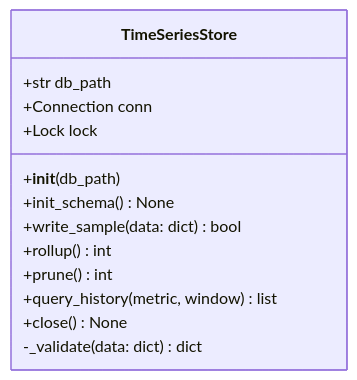
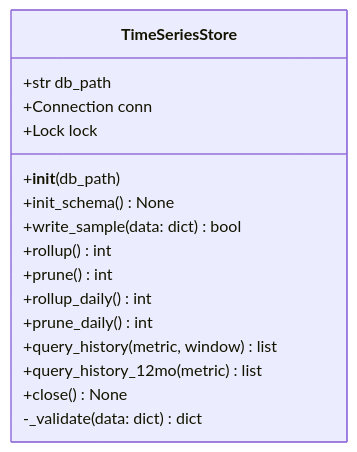
One commit to William12556/solax-modbus changed the diagram in ai/workspace/design/design-b7c8d9e0-component_data_storage.md. Above: the diagram before and after it, drawn with Mermaid. The commit also changed other lines of this file and 8 other files, not shown here.

````diff
--- a/ai/workspace/design/design-b7c8d9e0-component_data_storage.md
+++ b/ai/workspace/design/design-b7c8d9e0-component_data_storage.md
@@ -104,16 +106,19 @@
 ```mermaid
 classDiagram
     class TimeSeriesStore {
         +str db_path
         +Connection conn
         +Lock lock
         +__init__(db_path)
         +init_schema() None
         +write_sample(data: dict) bool
         +rollup() int
         +prune() int
+        +rollup_daily() int
+        +prune_daily() int
         +query_history(metric, window) list
+        +query_history_12mo(metric) list
         +close() None
         -_validate(data: dict) dict
     }
 ```
````
